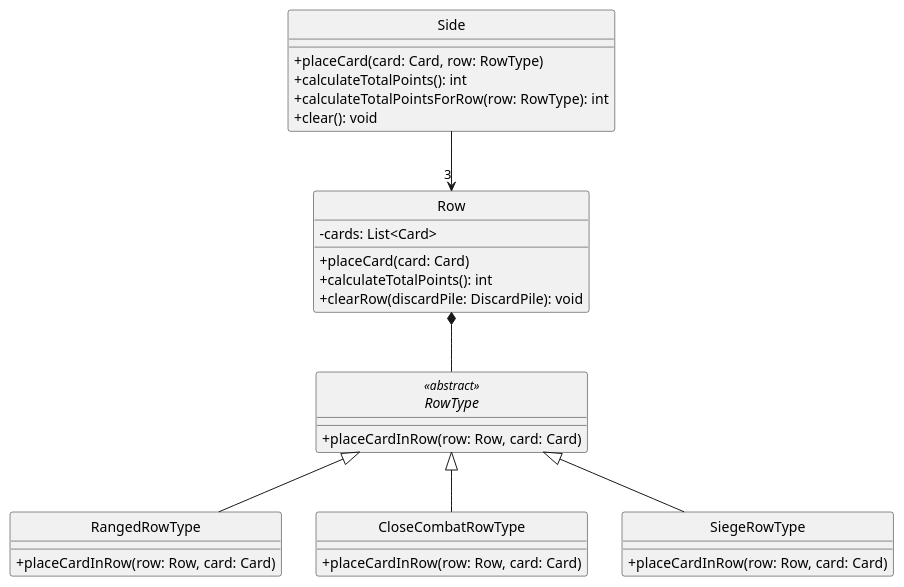
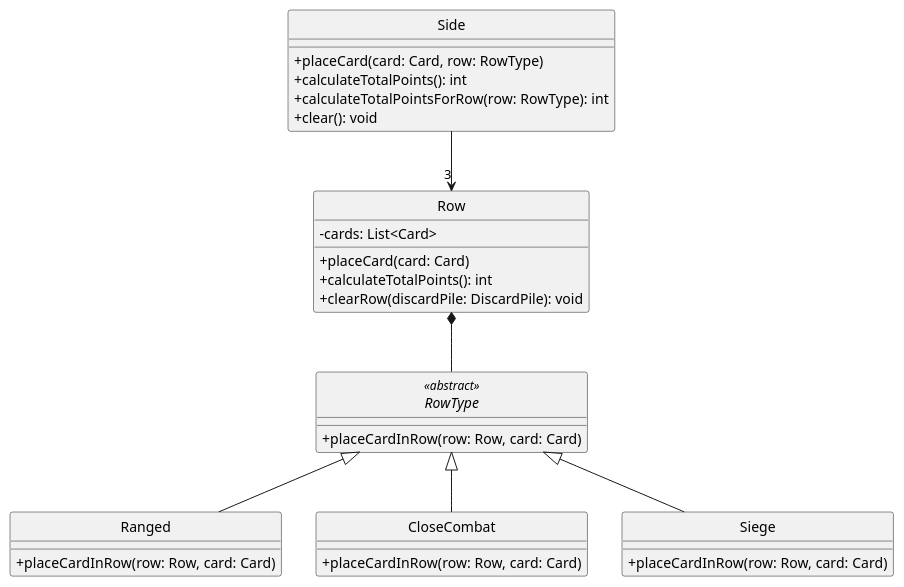
Before and after one commit to Yonhir/algo3_proyecto_base_tp2: the diagram in diagrams/classes/side.plantuml, drawn with PlantUML.

Commit message:
cambio en nombres de clases hijas de RowType

```diff
--- a/diagrams/classes/side.plantuml
+++ b/diagrams/classes/side.plantuml
@@ -1,48 +1,48 @@
 @startuml
 
 skinparam monochrome true
 hide circle
 skinparam classAttributeIconSize 0
 
 ' =====================
 ' SIDE
 ' =====================
 
 class Side {
   +placeCard(card: Card, row: RowType)
   +calculateTotalPoints(): int
   +calculateTotalPointsForRow(row: RowType): int
   +clear(): void
 }
 
 class Row {
   -cards: List<Card>
   +placeCard(card: Card)
   +calculateTotalPoints(): int
   +clearRow(discardPile: DiscardPile): void
 }
 
 abstract class RowType <<abstract>> {
   +placeCardInRow(row: Row, card: Card)
 }
 
-class RangedRowType extends RowType {
+class Ranged extends RowType {
   +placeCardInRow(row: Row, card: Card)
 }
 
-class CloseCombatRowType extends RowType {
+class CloseCombat extends RowType {
   +placeCardInRow(row: Row, card: Card)
 }
 
-class SiegeRowType extends RowType {
+class Siege extends RowType {
   +placeCardInRow(row: Row, card: Card)
 }
 
 ' =====================
 ' RELATIONSHIPS
 ' =====================
 
 Side --> "3" Row
 Row *-- RowType
 
 @enduml
```
